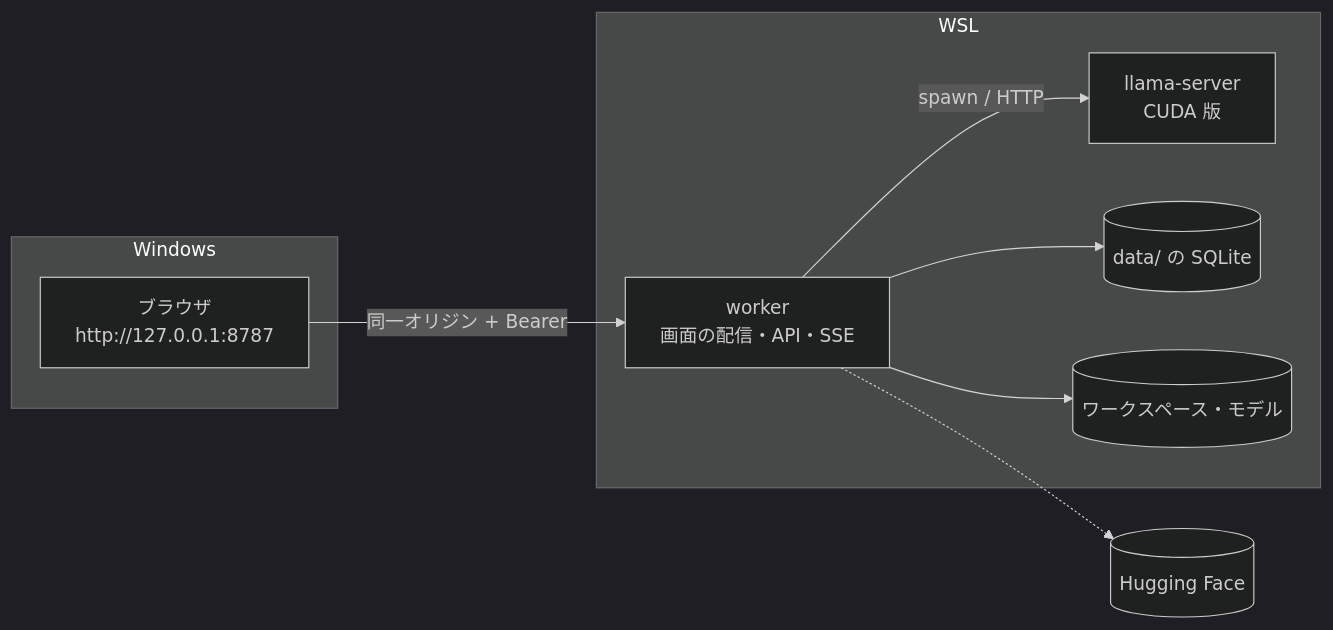
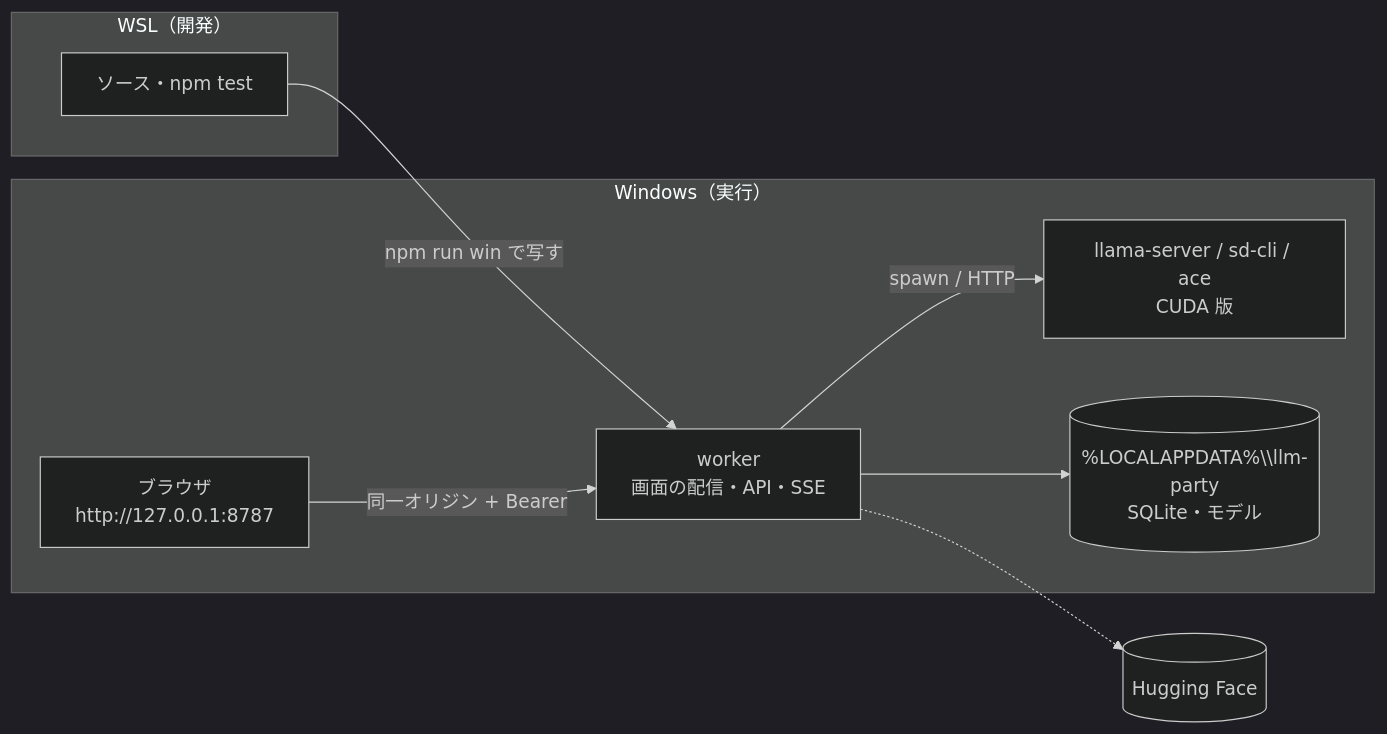
The first of 2 diagrams in docs/design/12_localhost_stage.md (itiwoja/llm-party), drawn with Mermaid (dark theme) before and after one commit. The commit also changed other lines of this file and 12 other files, not shown here.

````diff
--- a/docs/design/12_localhost_stage.md
+++ b/docs/design/12_localhost_stage.md
@@ -17,17 +16,17 @@
 ```mermaid
 flowchart LR
-  subgraph WIN[Windows]
+  subgraph DEV[WSL（開発）]
+    SRC[ソース・npm test]
+  end
+  subgraph WIN[Windows（実行）]
     B[ブラウザ<br/>http://127.0.0.1:8787]
+    W[worker<br/>画面の配信・API・SSE]
+    L[llama-server / sd-cli / ace<br/>CUDA 版]
+    DB[(%LOCALAPPDATA%\\llm-party<br/>SQLite・モデル)]
   end
-  subgraph WSL
-    W[worker<br/>画面の配信・API・SSE]
-    L[llama-server<br/>CUDA 版]
-    DB[(data/ の SQLite)]
-    FS[(ワークスペース・モデル)]
-  end
+  SRC -->|npm run win で写す| W
   B -->|同一オリジン + Bearer| W
   W -->|spawn / HTTP| L
   W --> DB
-  W --> FS
   W -.-> HF[(Hugging Face)]
 ```
````
